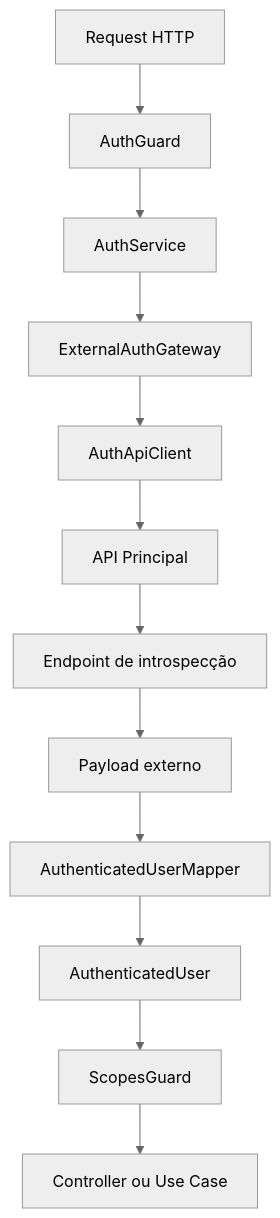
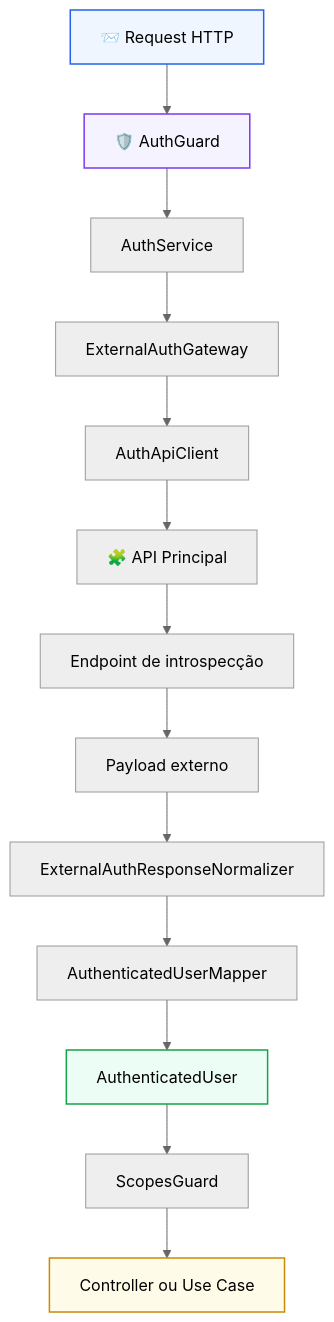
The ninth of 11 diagrams in RFC-0001-Auth.md (matheusdiamantino-betalent/IA), drawn with Mermaid (neutral theme) before and after one commit. The commit also changed other lines of this file, not shown here.

````diff
--- a/RFC-0001-Auth.md
+++ b/RFC-0001-Auth.md
@@ -690,14 +860,20 @@
 ```mermaid
 flowchart TD
-    A[Request HTTP] --> B[AuthGuard]
+    A[📨 Request HTTP] --> B[🛡️ AuthGuard]
     B --> C[AuthService]
     C --> D[ExternalAuthGateway]
     D --> E[AuthApiClient]
-    E --> F[API Principal]
+    E --> F[🧩 API Principal]
     F --> F1[Endpoint de introspecção]
     F1 --> G[Payload externo]
-    G --> H[AuthenticatedUserMapper]
-    H --> I[AuthenticatedUser]
-    I --> J[ScopesGuard]
-    J --> K[Controller ou Use Case]
+    G --> H[ExternalAuthResponseNormalizer]
+    H --> I[AuthenticatedUserMapper]
+    I --> J[AuthenticatedUser]
+    J --> K[ScopesGuard]
+    K --> L[Controller ou Use Case]
+
+    style A fill:#eff6ff,stroke:#2563eb,stroke-width:1.5px
+    style B fill:#f5f3ff,stroke:#7c3aed,stroke-width:1.5px
+    style J fill:#ecfdf5,stroke:#16a34a,stroke-width:1.5px
+    style L fill:#fefce8,stroke:#ca8a04,stroke-width:1.5px
 ```
````
